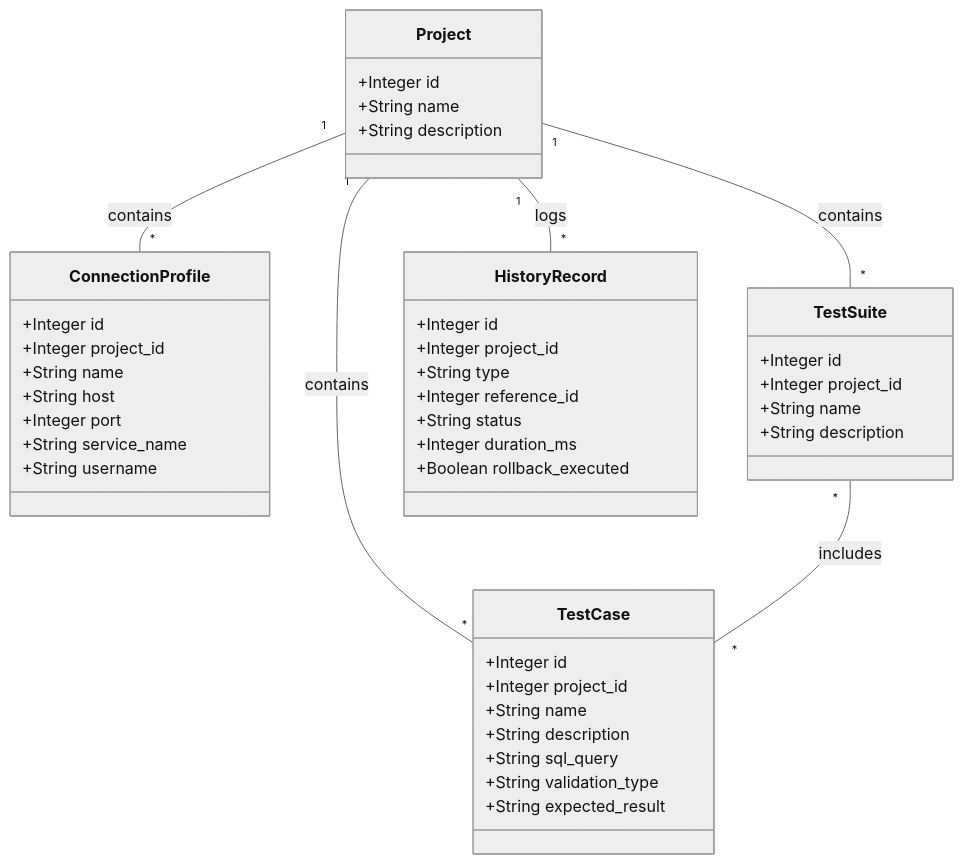
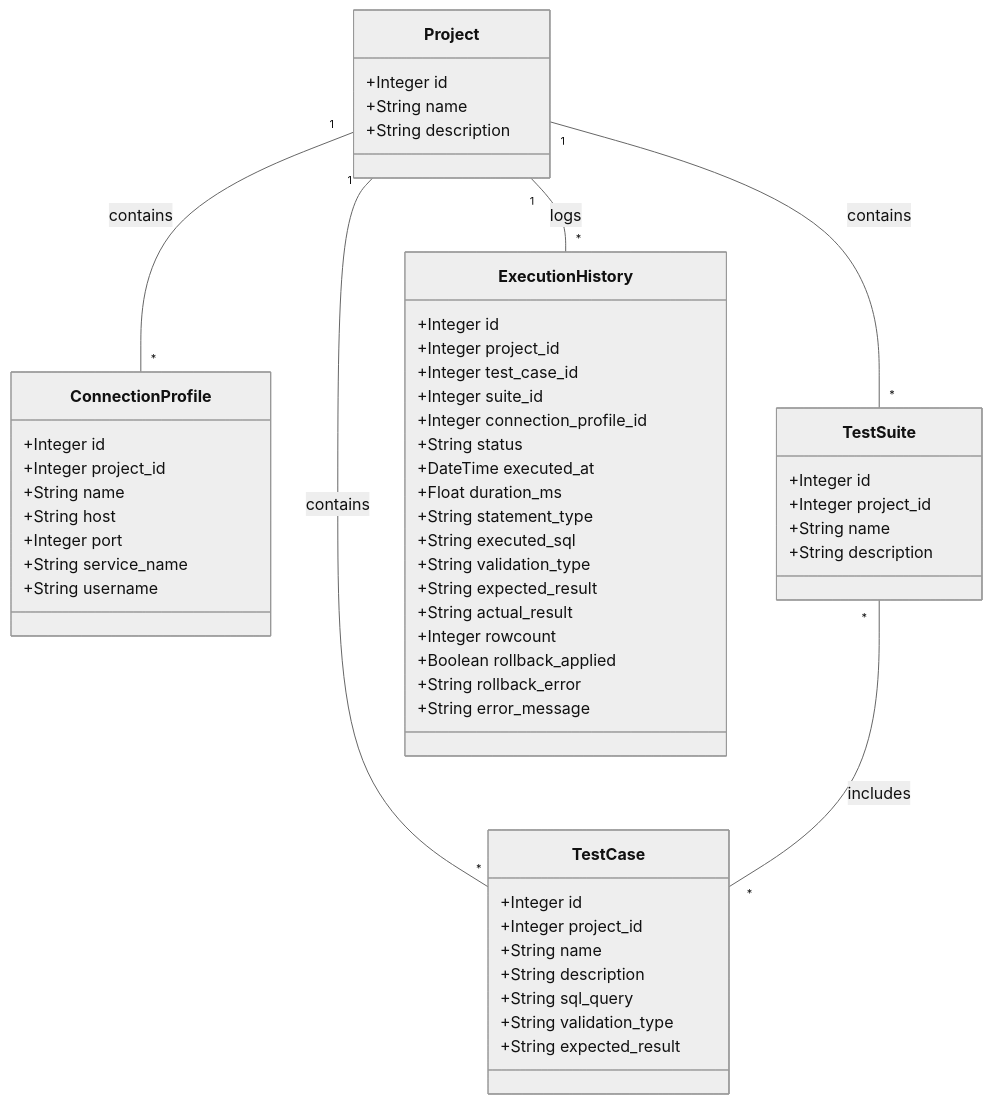
Before and after one commit to Geraldzvallos/framework-pruebas-sql-publico: the diagram in framework-pruebas-sql/docs/diagramas/clases.mermaid, drawn with Mermaid (neutral theme). The commit also changed 17 other files, not shown here.

```diff
--- a/framework-pruebas-sql/docs/diagramas/clases.mermaid
+++ b/framework-pruebas-sql/docs/diagramas/clases.mermaid
@@ -1,45 +1,55 @@
 classDiagram
     class Project {
         +Integer id
         +String name
         +String description
     }
     class ConnectionProfile {
         +Integer id
         +Integer project_id
         +String name
         +String host
         +Integer port
         +String service_name
         +String username
     }
     class TestCase {
         +Integer id
         +Integer project_id
         +String name
         +String description
         +String sql_query
         +String validation_type
         +String expected_result
     }
     class TestSuite {
         +Integer id
         +Integer project_id
         +String name
         +String description
     }
-    class HistoryRecord {
+    class ExecutionHistory {
         +Integer id
         +Integer project_id
-        +String type
-        +Integer reference_id
+        +Integer test_case_id
+        +Integer suite_id
+        +Integer connection_profile_id
         +String status
-        +Integer duration_ms
-        +Boolean rollback_executed
+        +DateTime executed_at
+        +Float duration_ms
+        +String statement_type
+        +String executed_sql
+        +String validation_type
+        +String expected_result
+        +String actual_result
+        +Integer rowcount
+        +Boolean rollback_applied
+        +String rollback_error
+        +String error_message
     }
 
     Project "1" -- "*" ConnectionProfile : contains
     Project "1" -- "*" TestCase : contains
     Project "1" -- "*" TestSuite : contains
-    Project "1" -- "*" HistoryRecord : logs
+    Project "1" -- "*" ExecutionHistory : logs
     TestSuite "*" -- "*" TestCase : includes
```
